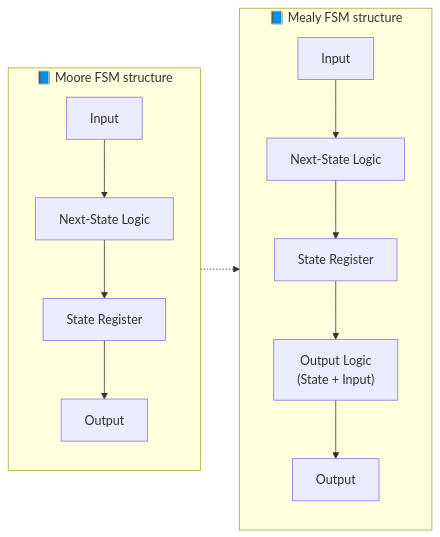
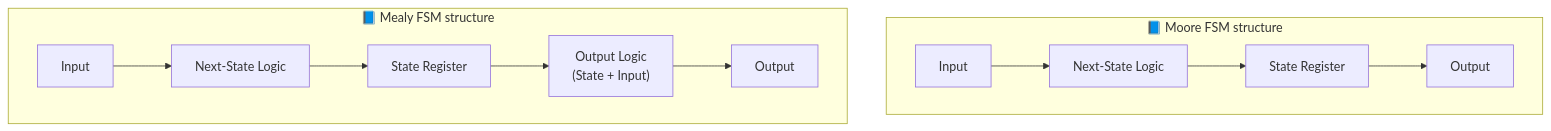
The third of 3 diagrams in chapter2_comb_logic/2.6_fsm_intro.md (Samizo-AITL/Edusemi-v4x), drawn with Mermaid before and after one commit. The commit also changed other lines of this file, not shown here.

````diff
--- a/chapter2_comb_logic/2.6_fsm_intro.md
+++ b/chapter2_comb_logic/2.6_fsm_intro.md
@@ -92,26 +92,24 @@
 ```mermaid
-flowchart LR
-    %% Moore FSM構造（左）
+flowchart TB
+    %% Moore FSM構造（上）
     subgraph MooreFSM [📘 Moore FSM structure]
-        direction TB
+        direction LR
         M1["Input"]
         M2["Next-State Logic"]
         M3["State Register"]
         M4["Output"]
         M1 --> M2 --> M3 --> M4
     end
 
-    %% Mealy FSM構造（右）
+    %% Mealy FSM構造（下）
     subgraph MealyFSM [📘 Mealy FSM structure]
-        direction TB
+        direction LR
         E1["Input"]
         E2["Next-State Logic"]
         E3["State Register"]
         E4["Output Logic<br/>(State + Input)"]
         E5["Output"]
         E1 --> E2 --> E3 --> E4 --> E5
     end
 
-    %% 横並びを固定するための不可視リンク（点線）
-    M1 -.-> E1
 ```
````
